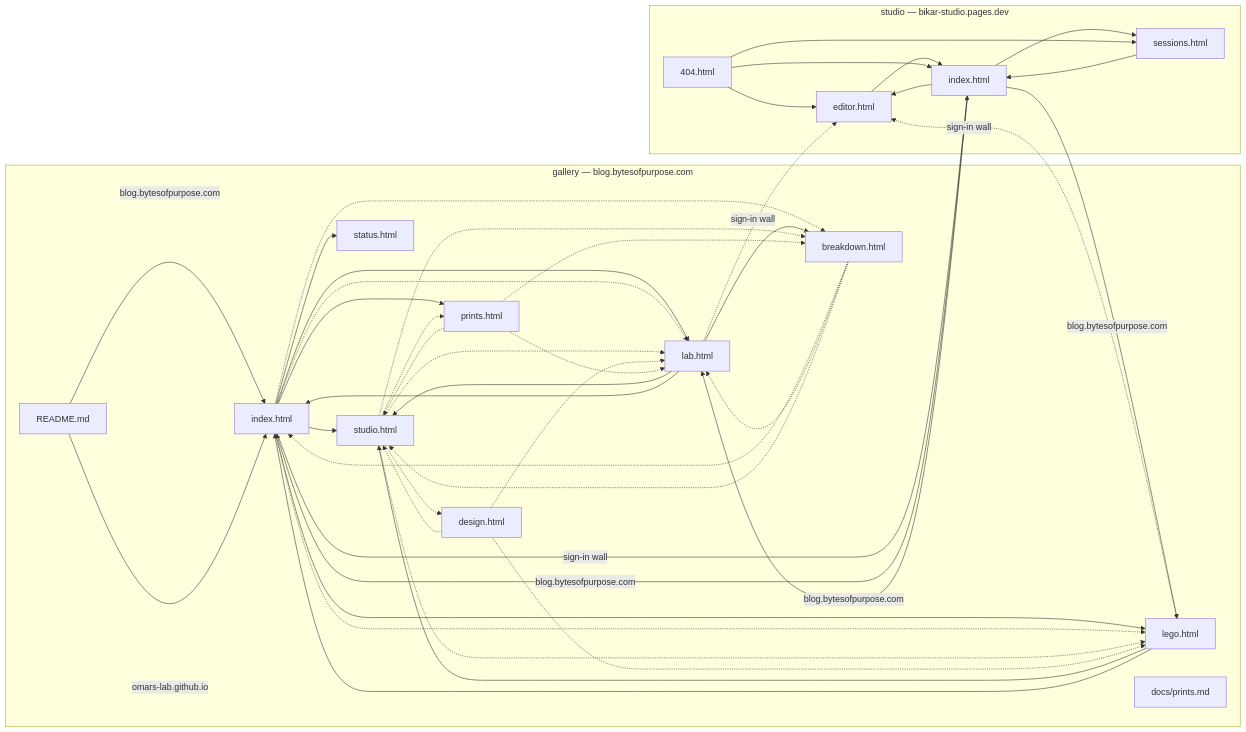
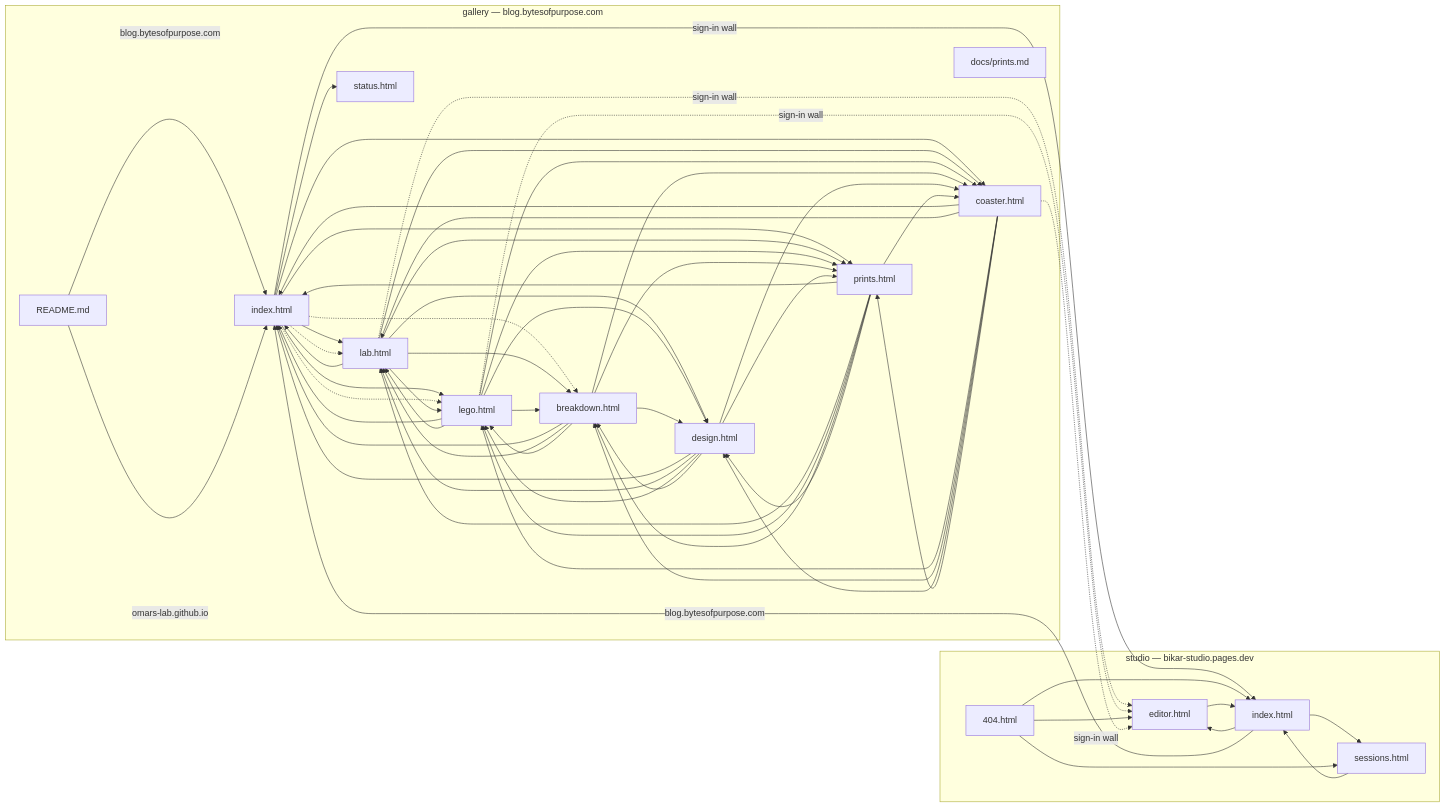
One commit to omars-lab/3d-models changed the diagram in docs/site-graph.md. Above: the diagram before and after it, drawn with Mermaid. The commit also changed other lines of this file and 8 other files, not shown here.

First line of the commit message:
Gallery side of the one top bar: the Lab's old index page removed (#1025)

````diff
--- a/docs/site-graph.md
+++ b/docs/site-graph.md
@@ -6,63 +6,79 @@
 ```mermaid
 flowchart LR
   subgraph gallery["gallery — blog.bytesofpurpose.com"]
     G_index["index.html"]
-    G_studio["studio.html"]
     G_lab["lab.html"]
     G_lego["lego.html"]
     G_design["design.html"]
     G_breakdown["breakdown.html"]
+    G_coaster["coaster.html"]
     G_readme["README.md"]
     G_prints["prints.html"]
     G_status["status.html"]
     G_prints-reader["docs/prints.md"]
   end
   subgraph studio["studio — bikar-studio.pages.dev"]
     S_index["index.html"]
     S_editor["editor.html"]
     S_sessions["sessions.html"]
     S_404["404.html"]
   end
-  G_index --> G_studio
   G_index --> G_lab
   G_index --> G_lego
   G_index -.-> G_lab
   G_index -.-> G_lego
   G_readme -->|"blog.bytesofpurpose.com"| G_index
   G_readme -->|"omars-lab.github.io"| G_index
   G_index -->|"sign-in wall"| S_index
-  G_lab --> G_studio
-  G_lab --> G_index
-  G_lego --> G_studio
-  G_lego --> G_index
   G_lab -.->|"sign-in wall"| S_editor
   G_lego -.->|"sign-in wall"| S_editor
-  G_studio -.-> G_lab
-  G_studio -.-> G_lego
-  G_studio -.-> G_design
-  G_design -.-> G_studio
-  G_design -.-> G_lab
-  G_design -.-> G_lego
   S_index --> S_editor
   S_index --> S_sessions
   S_index -->|"blog.bytesofpurpose.com"| G_index
-  S_index -->|"blog.bytesofpurpose.com"| G_lab
-  S_index -->|"blog.bytesofpurpose.com"| G_lego
-  S_editor --> S_index
-  S_sessions --> S_index
   S_404 --> S_index
   S_404 --> S_editor
   S_404 --> S_sessions
   G_index -.-> G_breakdown
-  G_lab --> G_breakdown
-  G_studio -.-> G_breakdown
-  G_breakdown -.-> G_index
-  G_breakdown -.-> G_lab
-  G_breakdown -.-> G_studio
   G_index --> G_prints
   G_index --> G_status
-  G_studio -.-> G_prints
-  G_prints -.-> G_studio
-  G_prints -.-> G_breakdown
-  G_prints -.-> G_lab
+  G_index --> G_coaster
+  G_coaster -.->|"sign-in wall"| S_editor
+  G_lab --> G_index
+  G_lab --> G_lego
+  G_lab --> G_breakdown
+  G_lab --> G_design
+  G_lab --> G_prints
+  G_lab --> G_coaster
+  G_lego --> G_index
+  G_lego --> G_lab
+  G_lego --> G_breakdown
+  G_lego --> G_design
+  G_lego --> G_prints
+  G_lego --> G_coaster
+  G_breakdown --> G_index
+  G_breakdown --> G_lab
+  G_breakdown --> G_lego
+  G_breakdown --> G_design
+  G_breakdown --> G_prints
+  G_breakdown --> G_coaster
+  G_design --> G_index
+  G_design --> G_lab
+  G_design --> G_lego
+  G_design --> G_breakdown
+  G_design --> G_prints
+  G_design --> G_coaster
+  G_prints --> G_index
+  G_prints --> G_lab
+  G_prints --> G_lego
+  G_prints --> G_breakdown
+  G_prints --> G_design
+  G_prints --> G_coaster
+  G_coaster --> G_index
+  G_coaster --> G_lab
+  G_coaster --> G_lego
+  G_coaster --> G_breakdown
+  G_coaster --> G_design
+  G_coaster --> G_prints
+  S_editor --> S_index
+  S_sessions --> S_index
 ```
````
